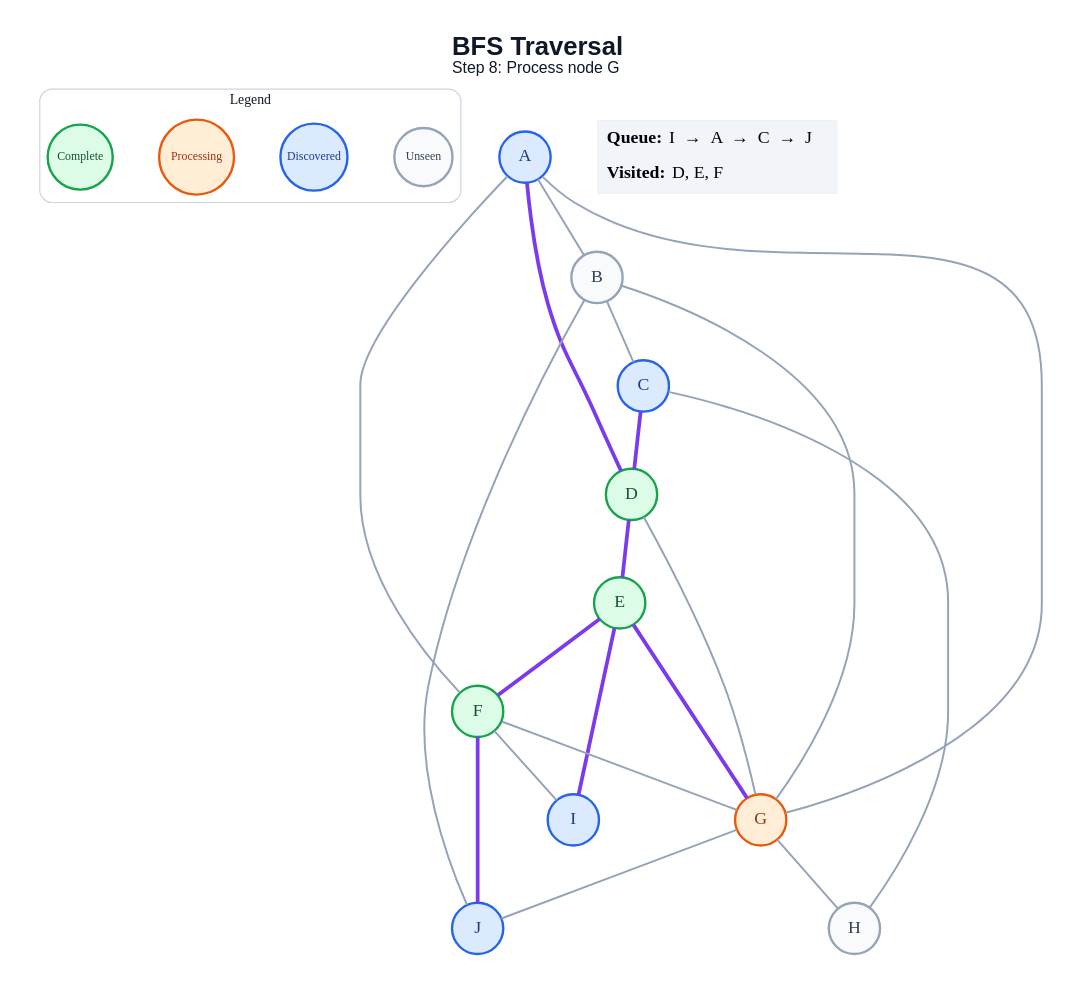
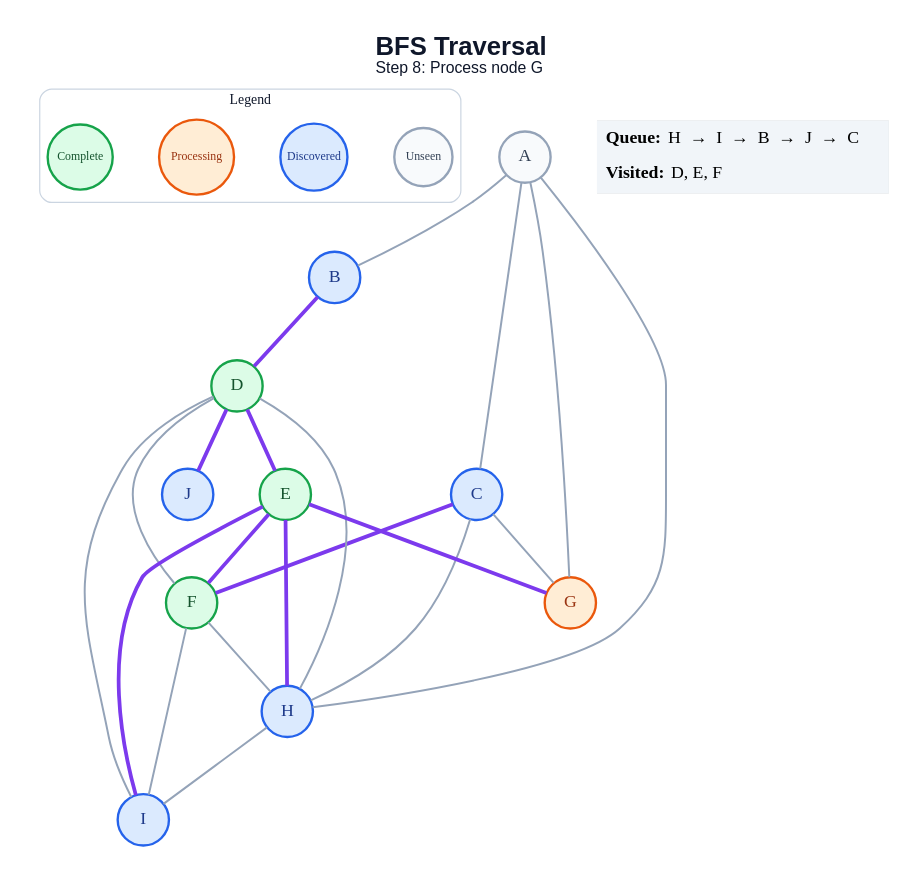
The diagram in generated/specific-node/bfs/step_08.dot (amanghodawala9/ai-slop), drawn with Graphviz before and after one commit. The commit also changed 178 other files, not shown here.

```diff
--- a/generated/specific-node/bfs/step_08.dot
+++ b/generated/specific-node/bfs/step_08.dot
@@ -1,48 +1,49 @@
 graph traversal {
   graph [layout=dot, rankdir=TB, bgcolor="#FFFFFF", pad="0.35", nodesep="0.65", ranksep="0.8", fontname="Arial"];
   node [shape=circle, style="filled", fontname="Arial Bold", fontsize=18, width=0.72, fixedsize=true, penwidth=2.4];
   edge [color="#94A3B8", penwidth=2.0];
   label=<<B>BFS Traversal</B><BR/><FONT POINT-SIZE="16">Step 8: Process node G</FONT>>; labelloc="t"; fontsize=26; fontname="Arial"; fontcolor="#0F172A";
   subgraph cluster_legend { label="Legend"; color="#CBD5E1"; penwidth=1.2; style="rounded"; fontsize=14; fontname="Arial Bold";
     key_unseen [label="Unseen", fillcolor="#F8FAFC", color="#94A3B8", fontcolor="#334155", fontsize=12, width=0.82];
     key_frontier [label="Discovered", fillcolor="#DBEAFE", color="#2563EB", fontcolor="#1E3A8A", fontsize=12, width=0.95];
     key_current [label="Processing", fillcolor="#FFEDD5", color="#EA580C", fontcolor="#9A3412", fontsize=12, width=1.05];
     key_done [label="Complete", fillcolor="#DCFCE7", color="#16A34A", fontcolor="#14532D", fontsize=12, width=0.92];
     { rank=same; key_unseen; key_frontier; key_current; key_done; }
   }
-  A [fillcolor="#DBEAFE", color="#2563EB", fontcolor="#1E3A8A"];
-  B [fillcolor="#F8FAFC", color="#94A3B8", fontcolor="#334155"];
+  A [fillcolor="#F8FAFC", color="#94A3B8", fontcolor="#334155"];
+  B [fillcolor="#DBEAFE", color="#2563EB", fontcolor="#1E3A8A"];
   C [fillcolor="#DBEAFE", color="#2563EB", fontcolor="#1E3A8A"];
   D [fillcolor="#DCFCE7", color="#16A34A", fontcolor="#14532D"];
   E [fillcolor="#DCFCE7", color="#16A34A", fontcolor="#14532D"];
   F [fillcolor="#DCFCE7", color="#16A34A", fontcolor="#14532D"];
   G [fillcolor="#FFEDD5", color="#EA580C", fontcolor="#9A3412"];
-  H [fillcolor="#F8FAFC", color="#94A3B8", fontcolor="#334155"];
+  H [fillcolor="#DBEAFE", color="#2563EB", fontcolor="#1E3A8A"];
   I [fillcolor="#DBEAFE", color="#2563EB", fontcolor="#1E3A8A"];
   J [fillcolor="#DBEAFE", color="#2563EB", fontcolor="#1E3A8A"];
   A -- B;
-  A -- D [color="#7C3AED", penwidth=3.8];
-  A -- F;
+  A -- C;
   A -- G;
-  B -- C;
-  B -- G;
-  B -- J;
-  C -- D [color="#7C3AED", penwidth=3.8];
+  A -- H;
+  B -- D [color="#7C3AED", penwidth=3.8];
+  C -- F [color="#7C3AED", penwidth=3.8];
+  C -- G;
   C -- H;
   D -- E [color="#7C3AED", penwidth=3.8];
-  D -- G;
+  D -- F;
+  D -- H;
+  D -- I;
+  D -- J [color="#7C3AED", penwidth=3.8];
   E -- F [color="#7C3AED", penwidth=3.8];
   E -- G [color="#7C3AED", penwidth=3.8];
+  E -- H [color="#7C3AED", penwidth=3.8];
   E -- I [color="#7C3AED", penwidth=3.8];
-  F -- G;
+  F -- H;
   F -- I;
-  F -- J [color="#7C3AED", penwidth=3.8];
-  G -- H;
-  G -- J;
+  H -- I;
   status [shape=plain, fixedsize=false, width=0, height=0, margin=0, label=<
     <TABLE BORDER="0" CELLBORDER="0" CELLPADDING="7" BGCOLOR="#F1F5F9">
-      <TR><TD ALIGN="LEFT"><B>Queue:</B> I  →  A  →  C  →  J</TD></TR>
+      <TR><TD ALIGN="LEFT"><B>Queue:</B> H  →  I  →  B  →  J  →  C</TD></TR>
       <TR><TD ALIGN="LEFT"><B>Visited:</B> D, E, F</TD></TR>
     </TABLE>
   >];
 }
```
